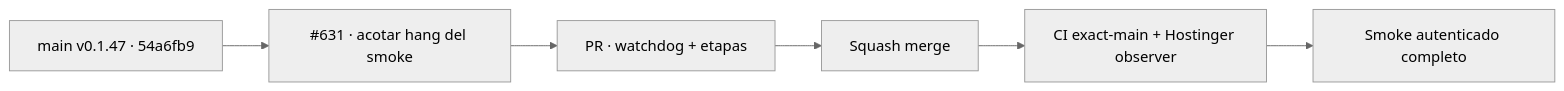
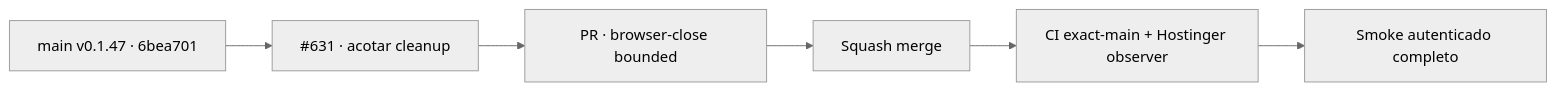
One commit to pl0n3r/brvtal changed the diagram in README.md. Above: the diagram before and after it, drawn with Mermaid (neutral theme). The commit also changed other lines of this file and 1 other file, not shown here.

First line of the commit message:
fix(production): bound authenticated smoke cleanup (#636)

````diff
--- a/README.md
+++ b/README.md
@@ -50,6 +50,6 @@
 ```mermaid
 flowchart LR
- B["main v0.1.47 · 54a6fb9"] --> F["#631 · acotar hang del smoke"]
- F --> P["PR · watchdog + etapas"] --> M["Squash merge"]
+ B["main v0.1.47 · 6bea701"] --> F["#631 · acotar cleanup"]
+ F --> P["PR · browser-close bounded"] --> M["Squash merge"]
  M --> C["CI exact-main + Hostinger observer"] --> S["Smoke autenticado completo"]
 ```
````
